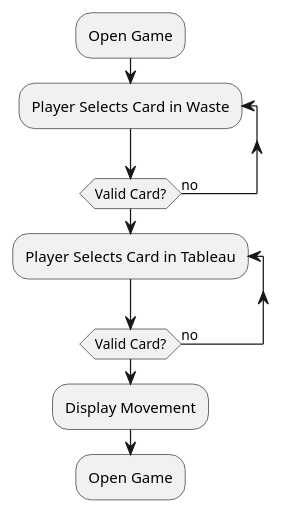
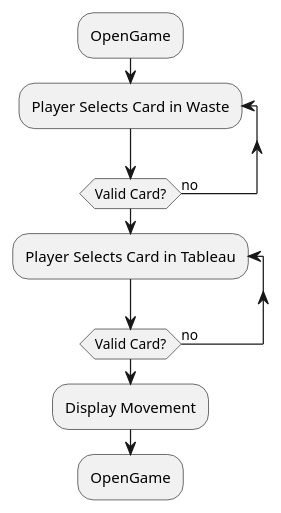
One commit to Troteaga/klondike changed the fourth of 15 diagrams in docs/UseCases.plantuml. Above: the diagram before and after it, drawn with PlantUML. The commit also changed other lines of this file and 1 other file, not shown here.

Commit message:
States moved to clarify main flow

```diff
--- a/docs/UseCases.plantuml
+++ b/docs/UseCases.plantuml
@@ -38,9 +38,9 @@
 @startuml Player Moves Card From Waste to Tableau
-:Open Game;
+:OpenGame;
 repeat :Player Selects Card in Waste;
 repeat while (Valid Card?) is (no)
 repeat :Player Selects Card in Tableau;
 repeat while (Valid Card?) is (no)
 :Display Movement;
-:Open Game;
+:OpenGame;
 @enduml
```
